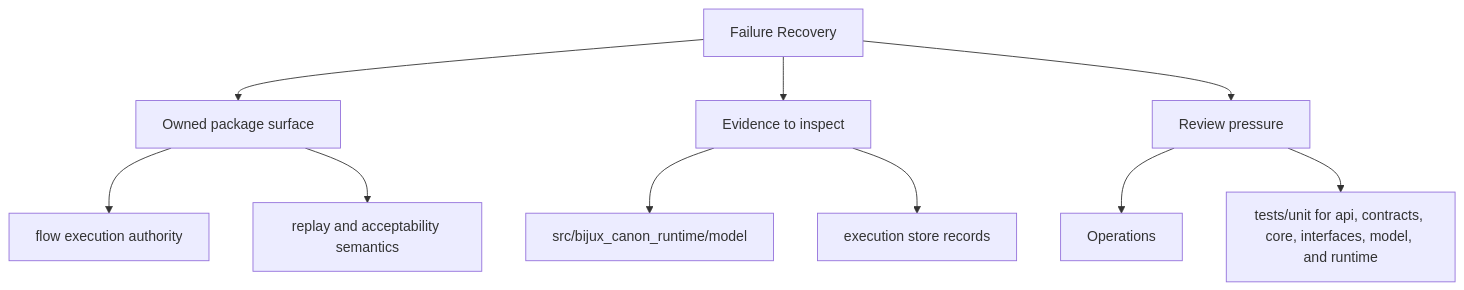
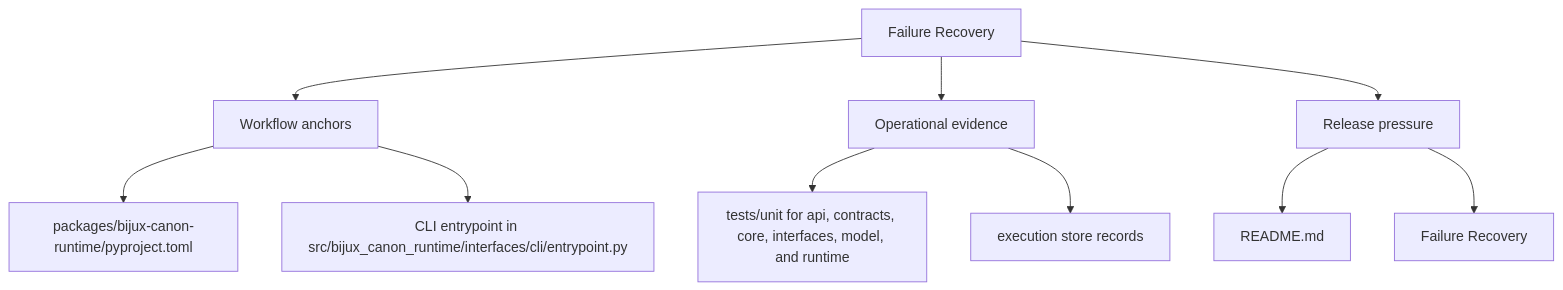
Before and after one commit to bijux/bijux-canon: the second of 2 diagrams in docs/bijux-canon-runtime/operations/failure-recovery.md, drawn with Mermaid. The commit also changed other lines of this file and 250 other files, not shown here.

Commit message:
docs(diagrams): make product page maps more readable

````diff
--- a/docs/bijux-canon-runtime/operations/failure-recovery.md
+++ b/docs/bijux-canon-runtime/operations/failure-recovery.md
@@ -34,22 +34,22 @@
 ```mermaid
 flowchart TD
     page["Failure Recovery"]
-    focus1["Owned package surface"]
+    focus1["Workflow anchors"]
     page --> focus1
-    focus1_1["flow execution authority"]
+    focus1_1["packages/bijux-canon-runtime/pyproject.toml"]
     focus1 --> focus1_1
-    focus1_2["replay and acceptability semantics"]
+    focus1_2["CLI entrypoint in src/bijux_canon_runtime/interfaces/cli/entrypoint.py"]
     focus1 --> focus1_2
-    focus2["Evidence to inspect"]
+    focus2["Operational evidence"]
     page --> focus2
-    focus2_1["src/bijux_canon_runtime/model"]
+    focus2_1["tests/unit for api, contracts, core, interfaces, model, and runtime"]
     focus2 --> focus2_1
     focus2_2["execution store records"]
     focus2 --> focus2_2
-    focus3["Review pressure"]
+    focus3["Release pressure"]
     page --> focus3
-    focus3_1["Operations"]
+    focus3_1["README.md"]
     focus3 --> focus3_1
-    focus3_2["tests/unit for api, contracts, core, interfaces, model, and runtime"]
+    focus3_2["Failure Recovery"]
     focus3 --> focus3_2
 ```
````
